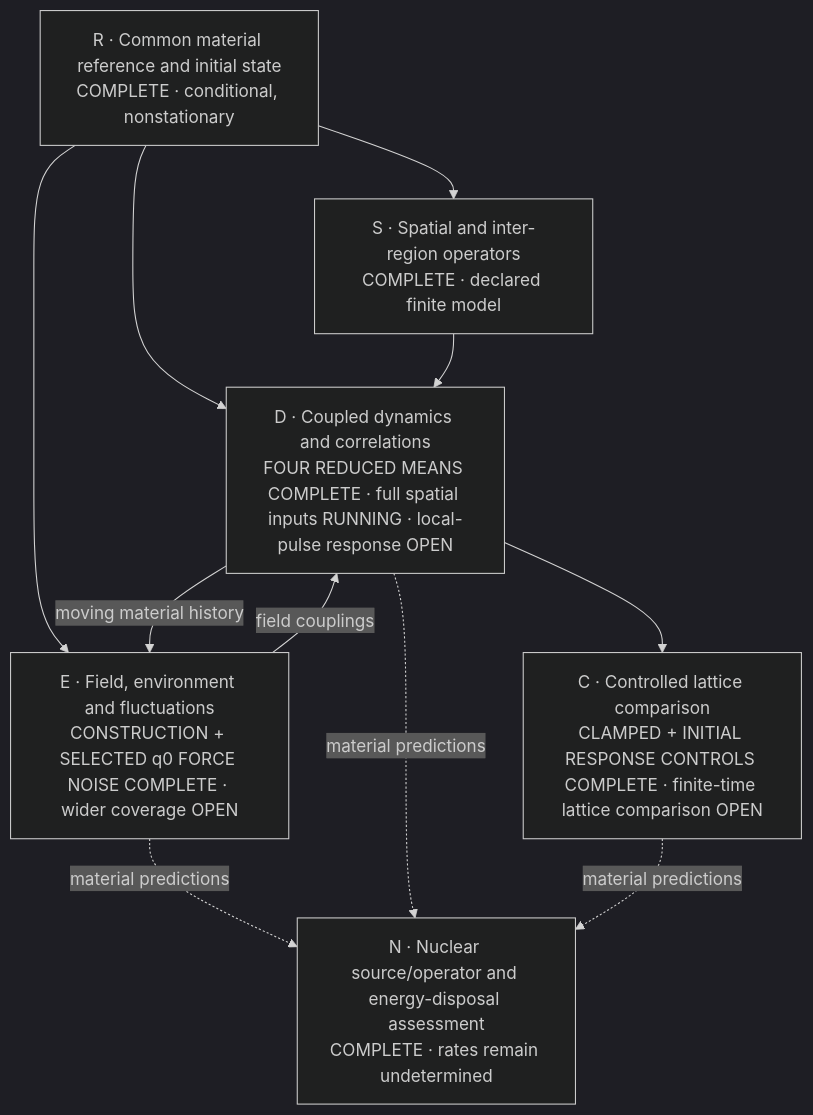
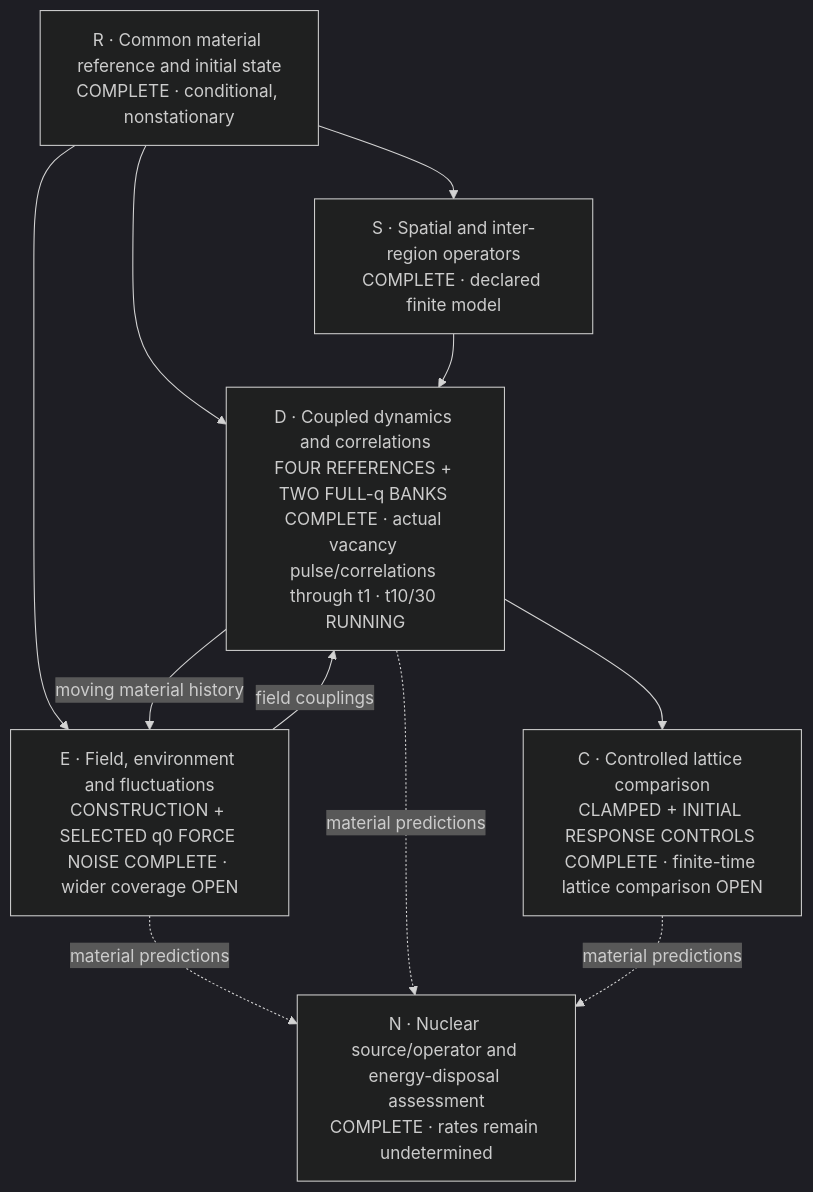
Before and after one commit to vantasnerdan/substrate-framework: the first of 2 diagrams in proposals/P254-ni-collective-response/SOLUTION.md, drawn with Mermaid (dark theme). The commit also changed other lines of this file and 3 other files, not shown here.

Commit message:
Record actual full-grid pulse output and in-place cache budget repair

````diff
--- a/proposals/P254-ni-collective-response/SOLUTION.md
+++ b/proposals/P254-ni-collective-response/SOLUTION.md
@@ -18,19 +18,19 @@
 ```mermaid
 flowchart TD
     R["R · Common material reference and initial state\nCOMPLETE · conditional, nonstationary"]
     S["S · Spatial and inter-region operators\nCOMPLETE · declared finite model"]
     E["E · Field, environment and fluctuations\nCONSTRUCTION + SELECTED q0 FORCE NOISE COMPLETE · wider coverage OPEN"]
-    D["D · Coupled dynamics and correlations\nFOUR REDUCED MEANS COMPLETE · full spatial inputs RUNNING · local-pulse response OPEN"]
+    D["D · Coupled dynamics and correlations\nFOUR REFERENCES + TWO FULL-q BANKS COMPLETE · actual vacancy pulse/correlations through t1 · t10/30 RUNNING"]
     C["C · Controlled lattice comparison\nCLAMPED + INITIAL RESPONSE CONTROLS COMPLETE · finite-time lattice comparison OPEN"]
     N["N · Nuclear source/operator and energy-disposal assessment\nCOMPLETE · rates remain undetermined"]
     R --> S
     R --> E
     R --> D
     S --> D
     E -- "field couplings" --> D
     D -- "moving material history" --> E
     D --> C
     E -. "material predictions" .-> N
     D -. "material predictions" .-> N
     C -. "material predictions" .-> N
 ```
````
